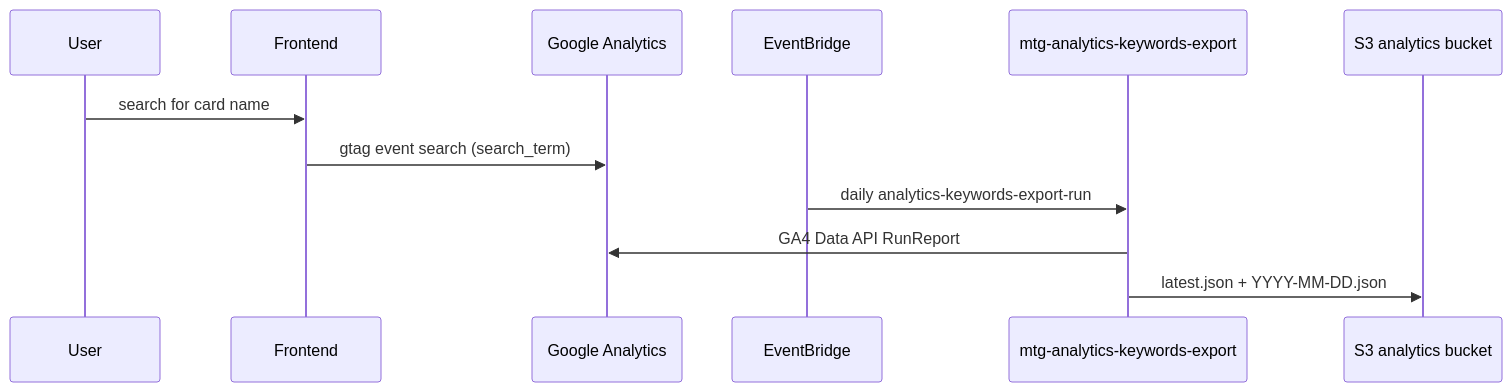
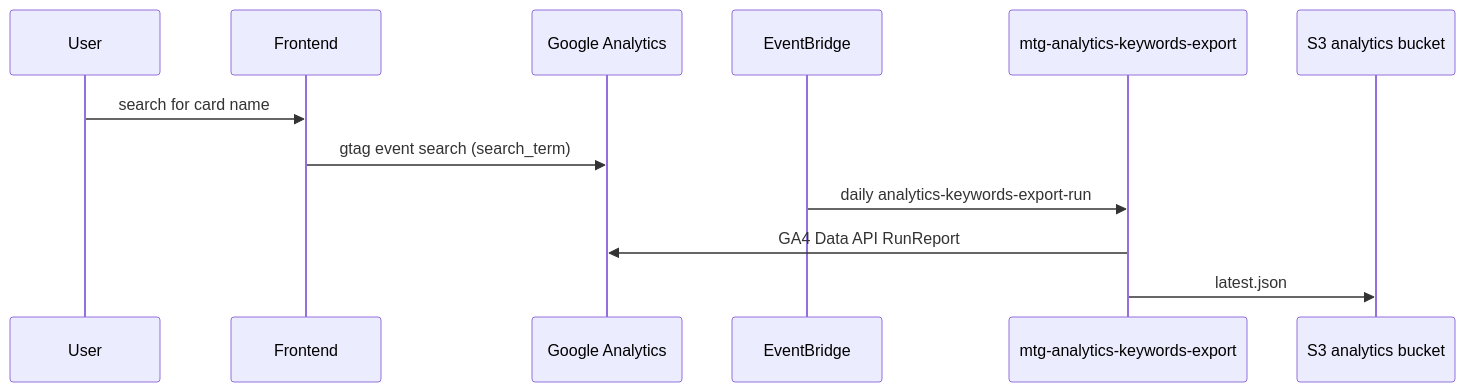
One commit to xenodus/gishathfetch changed the second of 5 diagrams in README.md. Above: the diagram before and after it, drawn with Mermaid. The commit also changed other lines of this file and 2 other files, not shown here.

Commit message:
Write only latest.json for analytics keywords export
Stop uploading dated YYYY-MM-DD.json snapshots to S3 during the
analytics keywords export. The export now writes a single latest.json
object, and the unused ParseGeneratedAtDate helper is removed.

````diff
--- a/README.md
+++ b/README.md
@@ -96,15 +96,15 @@
 ```mermaid
 sequenceDiagram
     participant U as User
     participant FE as Frontend
     participant GA as Google Analytics
     participant EB as EventBridge
     participant L as mtg-analytics-keywords-export
     participant S3 as S3 analytics bucket
 
     U->>FE: search for card name
     FE->>GA: gtag event search (search_term)
     EB->>L: daily analytics-keywords-export-run
     L->>GA: GA4 Data API RunReport
-    L->>S3: latest.json + YYYY-MM-DD.json
+    L->>S3: latest.json
 ```
````
